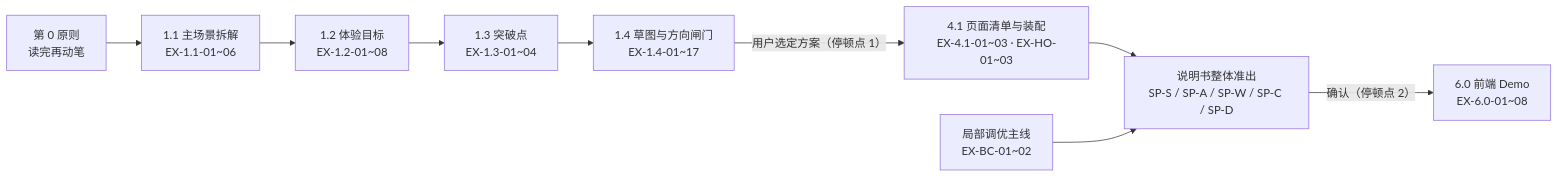
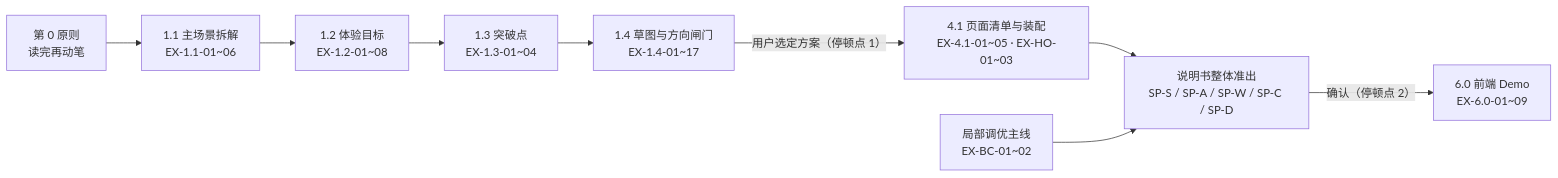
One commit to wangjue2026/skill-designer-prism changed the diagram in 04-workflows-and-cases/准出门禁总表.md. Above: the diagram before and after it, drawn with Mermaid. The commit also changed other lines of this file and 15 other files, not shown here.

First line of the commit message:
feat(flow): 横向决策域逐页必经 + 可视化件风格落值

````diff
--- a/04-workflows-and-cases/准出门禁总表.md
+++ b/04-workflows-and-cases/准出门禁总表.md
@@ -19,11 +19,11 @@
 ```mermaid
 graph LR
   R["第 0 原则<br/>读完再动笔"] --> A1["1.1 主场景拆解<br/>EX-1.1-01~06"]
   A1 --> A2["1.2 体验目标<br/>EX-1.2-01~08"]
   A2 --> A3["1.3 突破点<br/>EX-1.3-01~04"]
   A3 --> A4["1.4 草图与方向闸门<br/>EX-1.4-01~17"]
-  A4 -->|"用户选定方案（停顿点 1）"| A41["4.1 页面清单与装配<br/>EX-4.1-01~03 · EX-HO-01~03"]
+  A4 -->|"用户选定方案（停顿点 1）"| A41["4.1 页面清单与装配<br/>EX-4.1-01~05 · EX-HO-01~03"]
   A41 --> SP["说明书整体准出<br/>SP-S / SP-A / SP-W / SP-C / SP-D"]
-  SP -->|"确认（停顿点 2）"| C["6.0 前端 Demo<br/>EX-6.0-01~08"]
+  SP -->|"确认（停顿点 2）"| C["6.0 前端 Demo<br/>EX-6.0-01~09"]
   T["局部调优主线<br/>EX-BC-01~02"] --> SP
 ```
````
